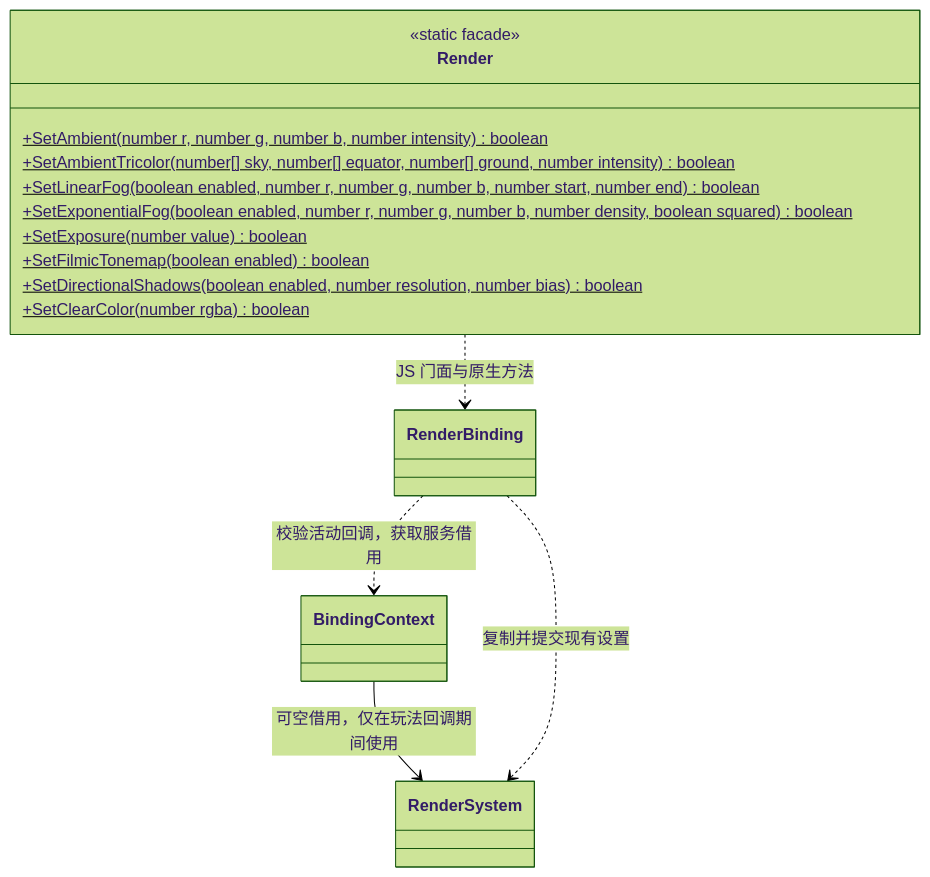
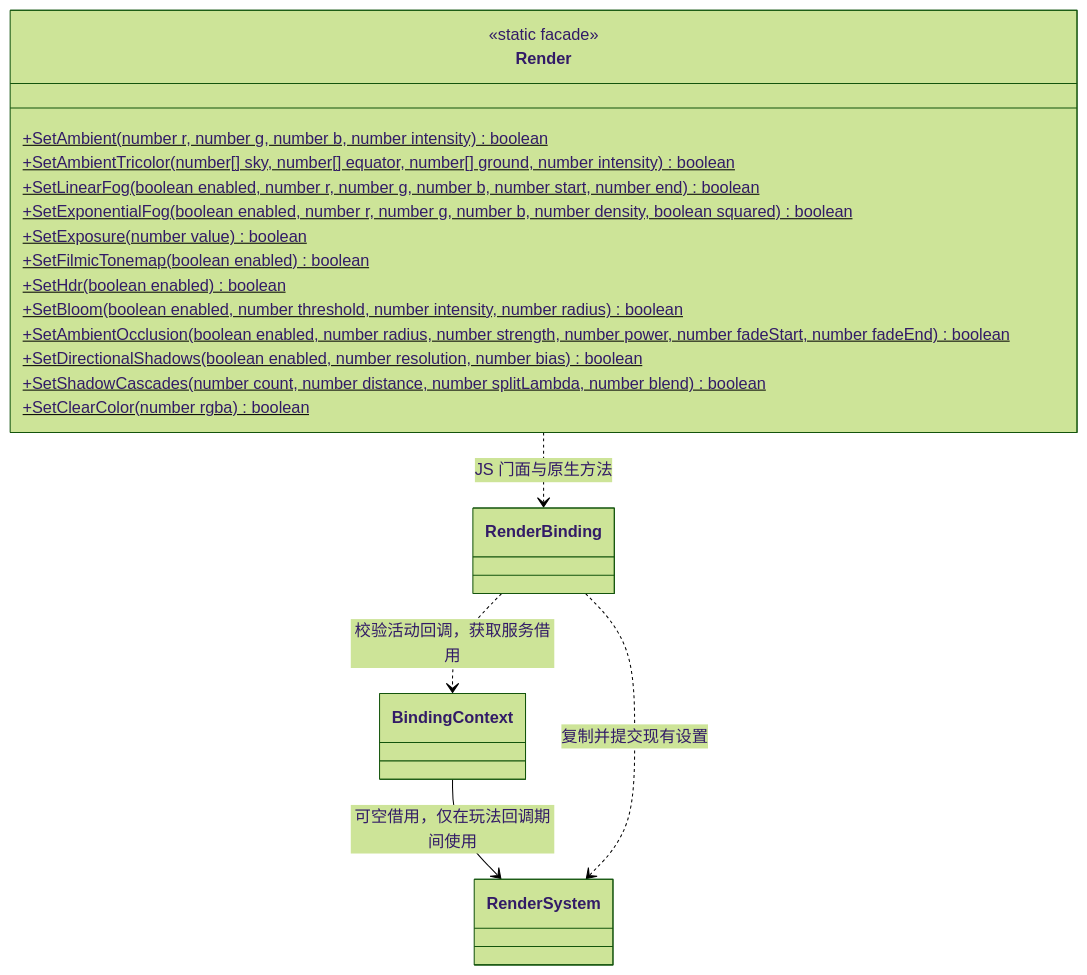
The first of 2 diagrams in docs/plugins/runtime/class-diagrams/render-script-api.md (lcals/Engine), drawn with Mermaid (forest theme) before and after one commit. The commit also changed other lines of this file and 78 other files, not shown here.

````diff
--- a/docs/plugins/runtime/class-diagrams/render-script-api.md
+++ b/docs/plugins/runtime/class-diagrams/render-script-api.md
@@ -9,21 +9,25 @@
 ```mermaid
 classDiagram
     class Render {
         <<static facade>>
         +SetAmbient(number r, number g, number b, number intensity) boolean$
         +SetAmbientTricolor(number[] sky, number[] equator, number[] ground, number intensity) boolean$
         +SetLinearFog(boolean enabled, number r, number g, number b, number start, number end) boolean$
         +SetExponentialFog(boolean enabled, number r, number g, number b, number density, boolean squared) boolean$
         +SetExposure(number value) boolean$
         +SetFilmicTonemap(boolean enabled) boolean$
+        +SetHdr(boolean enabled) boolean$
+        +SetBloom(boolean enabled, number threshold, number intensity, number radius) boolean$
+        +SetAmbientOcclusion(boolean enabled, number radius, number strength, number power, number fadeStart, number fadeEnd) boolean$
         +SetDirectionalShadows(boolean enabled, number resolution, number bias) boolean$
+        +SetShadowCascades(number count, number distance, number splitLambda, number blend) boolean$
         +SetClearColor(number rgba) boolean$
     }
     class RenderBinding
     class BindingContext
     class RenderSystem
     Render ..> RenderBinding : JS 门面与原生方法
     RenderBinding ..> BindingContext : 校验活动回调，获取服务借用
     BindingContext --> RenderSystem : 可空借用，仅在玩法回调期间使用
     RenderBinding ..> RenderSystem : 复制并提交现有设置
 ```
````
